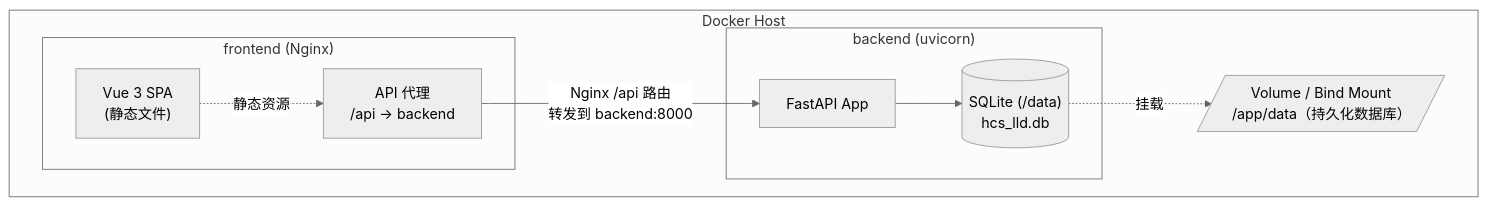
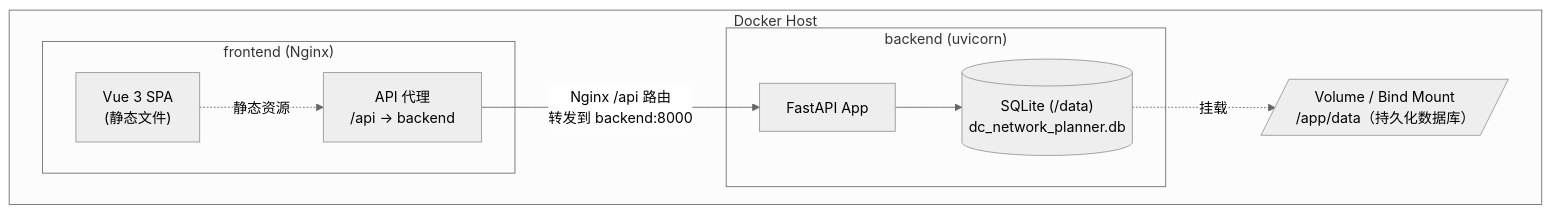
The third of 4 diagrams in SYSTEM_DESIGN.md (zhou-xingxing/dc-network-planner), drawn with Mermaid (neutral theme) before and after one commit. The commit also changed other lines of this file and 35 other files, not shown here.

Commit message:
chore: 重命名为 DC Network Planner

````diff
--- a/SYSTEM_DESIGN.md
+++ b/SYSTEM_DESIGN.md
@@ -656,21 +656,21 @@
 ```mermaid
 graph TB
     subgraph Host["Docker Host"]
         subgraph FE["frontend (Nginx)"]
             SPA["Vue 3 SPA<br/>(静态文件)"]
             ProxyAPI["API 代理<br/>/api → backend"]
         end
 
         subgraph BE["backend (uvicorn)"]
             App["FastAPI App"]
-            DB[("SQLite (/data)<br/>hcs_lld.db")]
+            DB[("SQLite (/data)<br/>dc_network_planner.db")]
             App --> DB
         end
 
         Vol[/"Volume / Bind Mount<br/>/app/data（持久化数据库）"/]
     end
 
     SPA -.静态资源.-> ProxyAPI
     ProxyAPI -->|Nginx /api 路由<br/>转发到 backend:8000| App
     DB -.挂载.-> Vol
 ```
````
